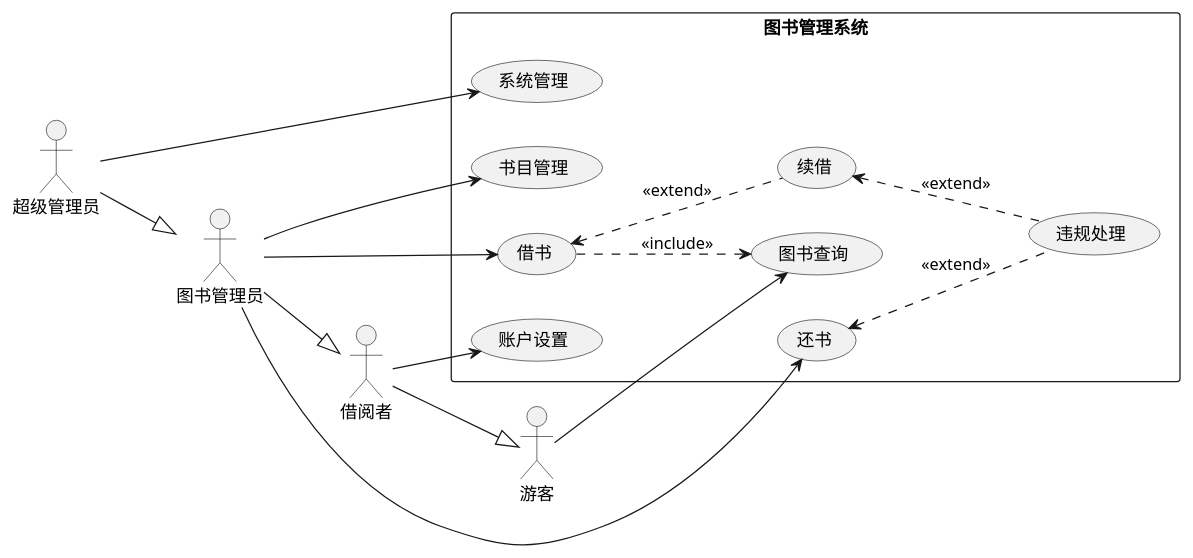
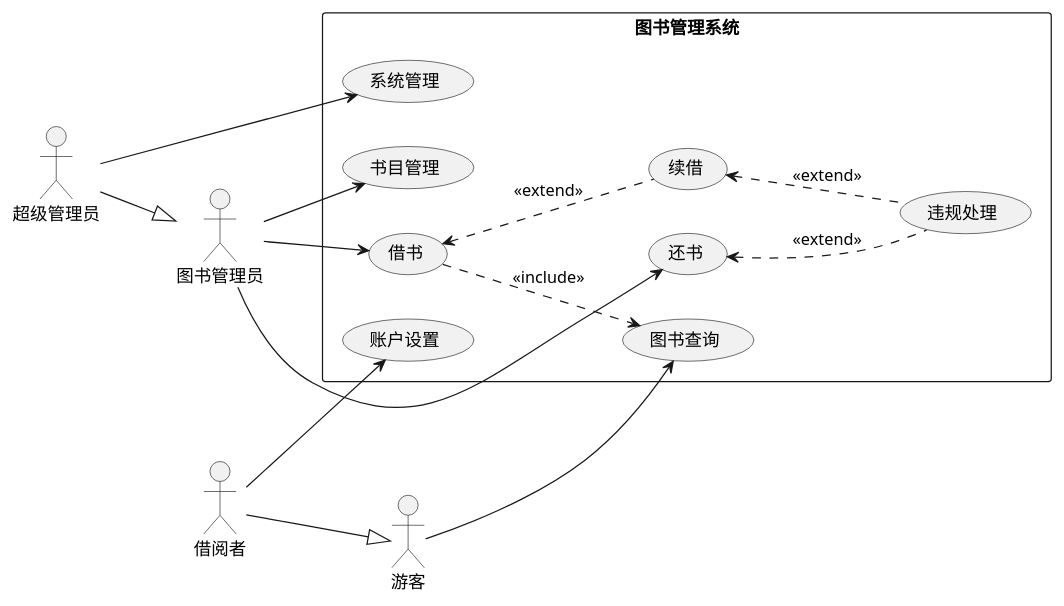
One commit to 201610414130/is_analysis-4 changed the diagram in test2/bookMange.pu. Above: the diagram before and after it, drawn with PlantUML. The commit also changed 2 other files, not shown here.

Commit message:
根据意见注释掉了图书管理员与借阅者之间的泛化关系,并关系了相关链接

```diff
--- a/test2/bookMange.pu
+++ b/test2/bookMange.pu
@@ -1,42 +1,43 @@
 @startuml 图书管理系统用例图
 skinparam packageStyle rectangle
 
 :借阅者: as Borrower
 :游客: as Visitor
 :图书管理员: as Admin
 :超级管理员: as root
 
 rectangle 图书管理系统{
     (图书查询) as query
 
     (账户设置) as sett_  
 
     (借书) as bor_
     (续借) as renew
     (还书) as ret_
     (违规处理) as fine
     (书目管理) as bookI_
 
     root -right-> (系统管理)
 }
 ' 用例之间的关系
 bor_ ..> query:<<include>>
 ret_ <.. fine:<<extend>>
 bor_ <.. renew:<<extend>>
 renew <.. fine:<<extend>>
 
 ' 外部实体之间的关系
 
 Borrower --|> Visitor
-Admin --|> Borrower
+' Admin --|> Borrower
 root --|> Admin
+'图书管理员和借阅者之间似乎不应该有泛化关系，管理者不能既当运动员，又当裁判员。
 ' 用例与参与的外部实体之间的关系
 Visitor --> query
 Borrower --> sett_
 
 Admin --> bor_
 Admin --> ret_
 Admin --> bookI_
 left to right direction
 
 @enduml
```
